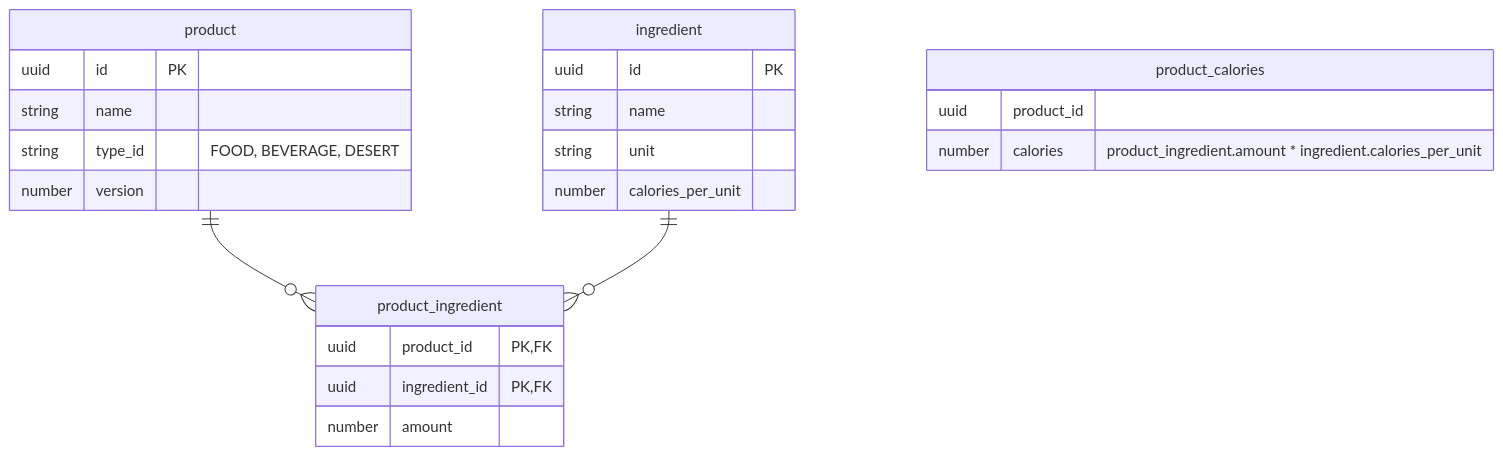
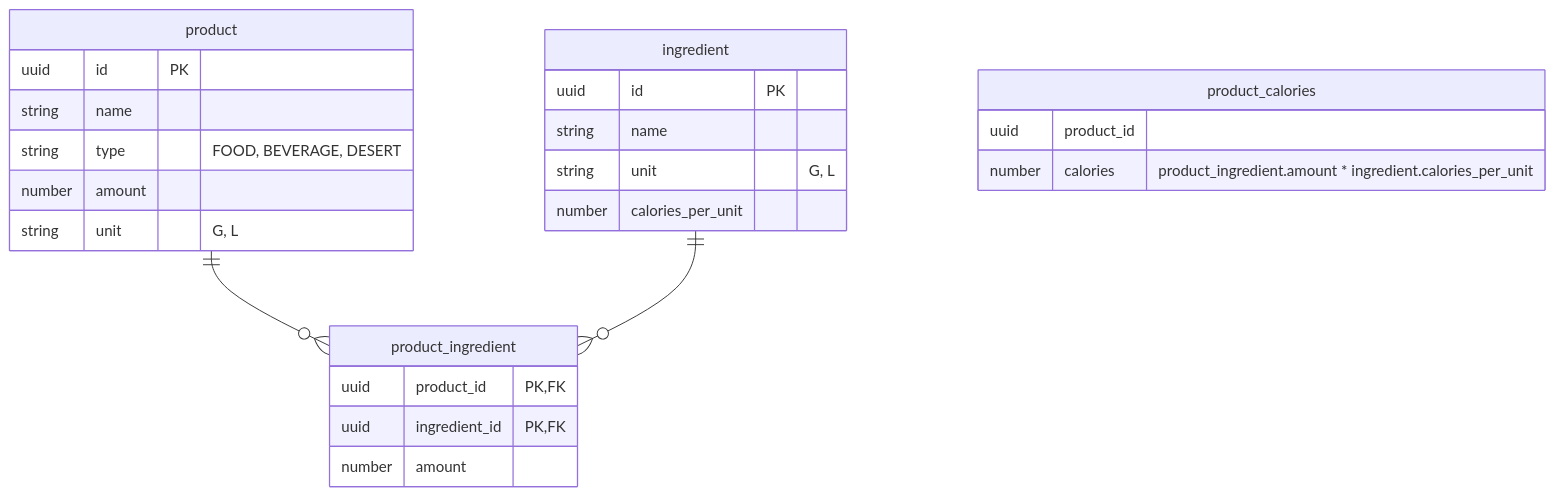
Before and after one commit to ornellast/fantastic-octo-parakeet: the diagram in product-catalog-service/README.md, drawn with Mermaid.

Commit message:
[PCS] Udpdate README.md

````diff
--- a/product-catalog-service/README.md
+++ b/product-catalog-service/README.md
@@ -3,28 +3,29 @@
 ```mermaid
 erDiagram
   ingredient {
     uuid id PK
     string name
-    string unit
+    string unit "G, L"
     number calories_per_unit
   }
   product {
     uuid id PK
     string name
-    string type_id "FOOD, BEVERAGE, DESERT"
-    number version
+    string type "FOOD, BEVERAGE, DESERT"
+    number amount
+    string unit "G, L"
   }
   product_ingredient {
     uuid product_id PK,FK
     uuid ingredient_id PK,FK
     number amount
   }
   %% View over product. The calories column is computed
   product_calories {
     uuid product_id
     number calories "product_ingredient.amount * ingredient.calories_per_unit"
   }
 
   product ||--o{ product_ingredient: ""
   ingredient ||--o{ product_ingredient: ""
 ```
````
